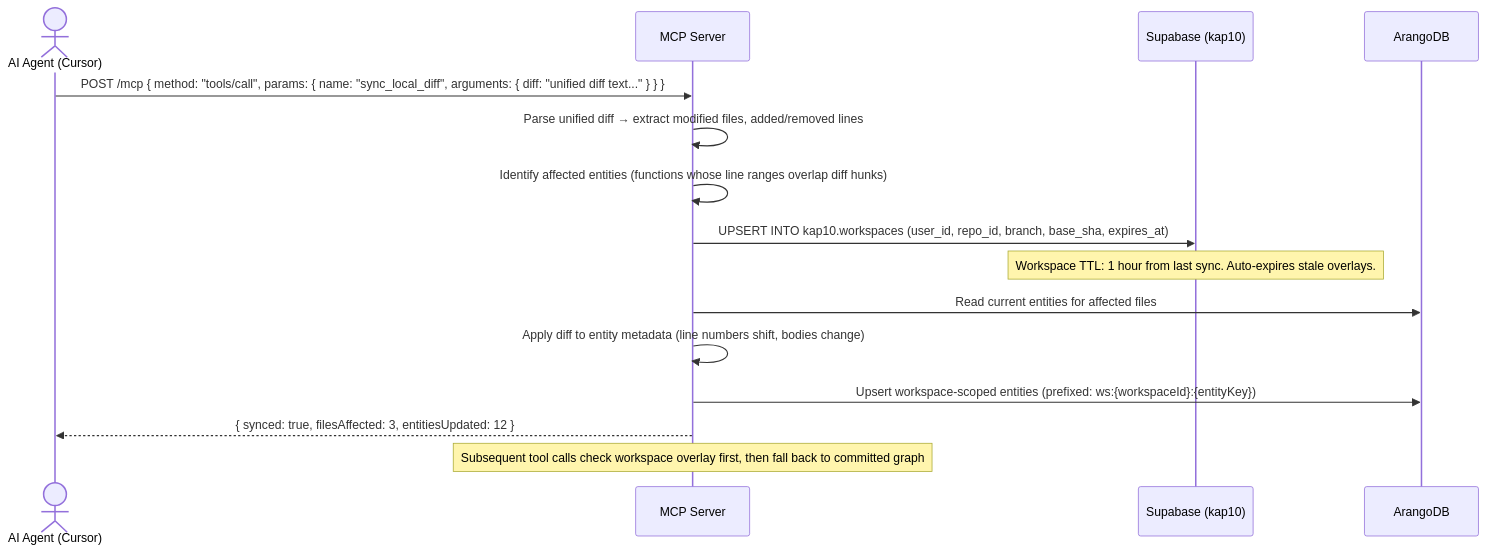
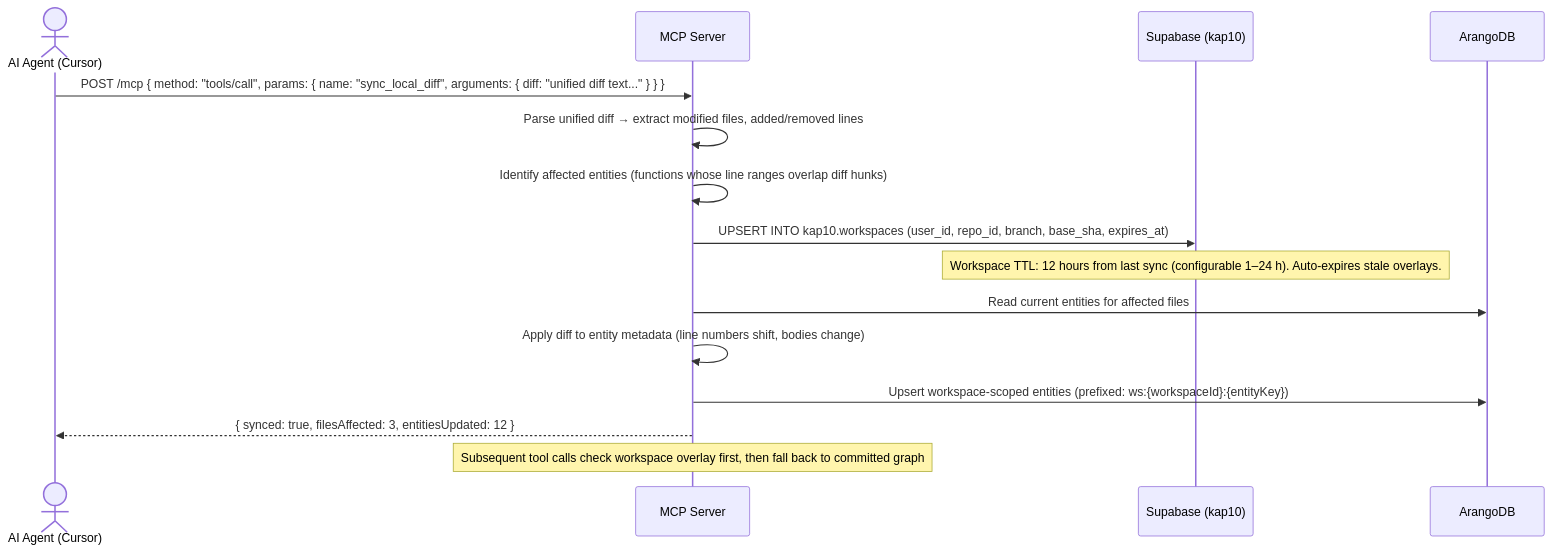
The fifth of 5 diagrams in docs/architecture/PHASE_2_HOSTED_MCP_SERVER.md (AutoRail-AI/kap10-server), drawn with Mermaid before and after one commit. The commit also changed other lines of this file and 117 other files, not shown here.

````diff
--- a/docs/architecture/PHASE_2_HOSTED_MCP_SERVER.md
+++ b/docs/architecture/PHASE_2_HOSTED_MCP_SERVER.md
@@ -403,23 +426,23 @@
 ```mermaid
 sequenceDiagram
     actor Agent as AI Agent (Cursor)
     participant MCP as MCP Server
     participant Supabase as Supabase (kap10)
     participant ArangoDB
 
     Agent->>MCP: POST /mcp { method: "tools/call", params: { name: "sync_local_diff", arguments: { diff: "unified diff text..." } } }
 
     MCP->>MCP: Parse unified diff → extract modified files, added/removed lines
     MCP->>MCP: Identify affected entities (functions whose line ranges overlap diff hunks)
 
     MCP->>Supabase: UPSERT INTO kap10.workspaces (user_id, repo_id, branch, base_sha, expires_at)
-    Note over Supabase: Workspace TTL: 1 hour from last sync. Auto-expires stale overlays.
+    Note over Supabase: Workspace TTL: 12 hours from last sync (configurable 1–24 h). Auto-expires stale overlays.
 
     MCP->>ArangoDB: Read current entities for affected files
     MCP->>MCP: Apply diff to entity metadata (line numbers shift, bodies change)
     MCP->>ArangoDB: Upsert workspace-scoped entities (prefixed: ws:{workspaceId}:{entityKey})
 
     MCP-->>Agent: { synced: true, filesAffected: 3, entitiesUpdated: 12 }
 
     Note over MCP: Subsequent tool calls check workspace overlay first, then fall back to committed graph
 ```
````
